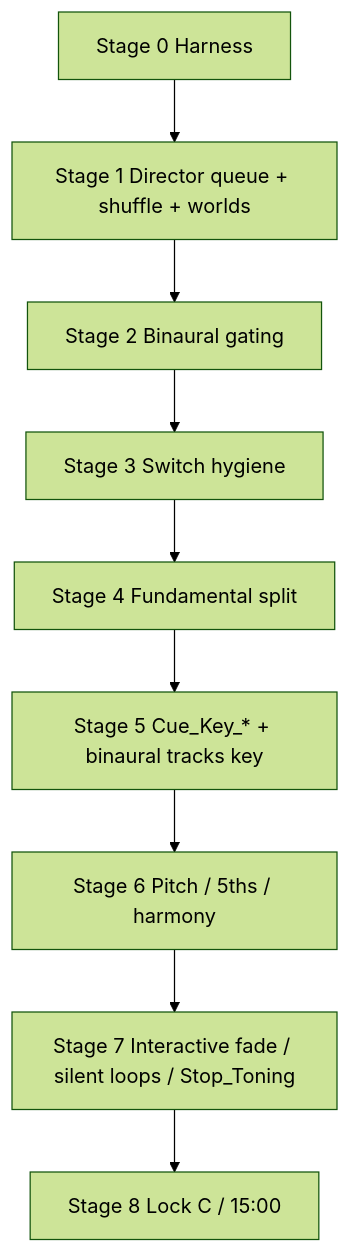
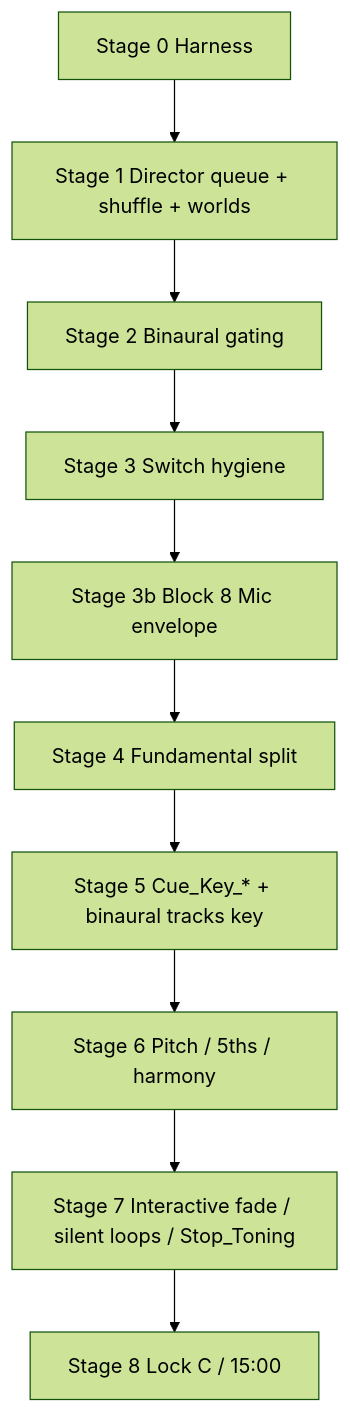
The diagram in Docs/BLOCKS_4_5_7_PLAN.md (videodreaming/SoundSelfUnityMacGame), drawn with Mermaid (forest theme) before and after one commit. The commit also changed other lines of this file and 2 other files, not shown here.

First line of the commit message:
Docs: Stage 3b Block 8 mic envelope plan (3b.0 + 3b.1 ADSR spec).

````diff
--- a/Docs/BLOCKS_4_5_7_PLAN.md
+++ b/Docs/BLOCKS_4_5_7_PLAN.md
@@ -361,13 +499,14 @@
 ```mermaid
 flowchart TD
   S0[Stage 0 Harness]
   S1[Stage 1 Director queue + shuffle + worlds]
   S2[Stage 2 Binaural gating]
   S3[Stage 3 Switch hygiene]
+  S3b[Stage 3b Block 8 Mic envelope]
   S4[Stage 4 Fundamental split]
   S5[Stage 5 Cue_Key_* + binaural tracks key]
   S6[Stage 6 Pitch / 5ths / harmony]
   S7[Stage 7 Interactive fade / silent loops / Stop_Toning]
   S8[Stage 8 Lock C / 15:00]
-  S0 --> S1 --> S2 --> S3 --> S4 --> S5 --> S6 --> S7 --> S8
+  S0 --> S1 --> S2 --> S3 --> S3b --> S4 --> S5 --> S6 --> S7 --> S8
 ```
````
